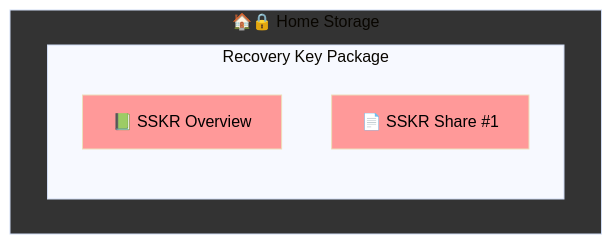
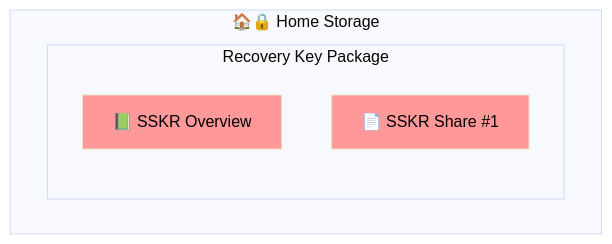
Diagram 15 of 26 in Docs/Scenario-Multisig.md (BlockchainCommons/SmartCustody), drawn with Mermaid (base theme) before and after one commit. The commit also changed other lines of this file, not shown here.

````diff
--- a/Docs/Scenario-Multisig.md
+++ b/Docs/Scenario-Multisig.md
@@ -556,12 +556,11 @@
     ```mermaid
     graph TD
     subgraph home["🏠🔒 Home Storage"]
       subgraph "Recovery Key Package"
       A["📗 SSKR Overview"]
       B["📄 SSKR Share #1"]
       end
     end
-    style home fill:#333;
     style A color:#000,fill:#ff9999;
     style B color:#000,fill:#ff9999;
     ```
````
